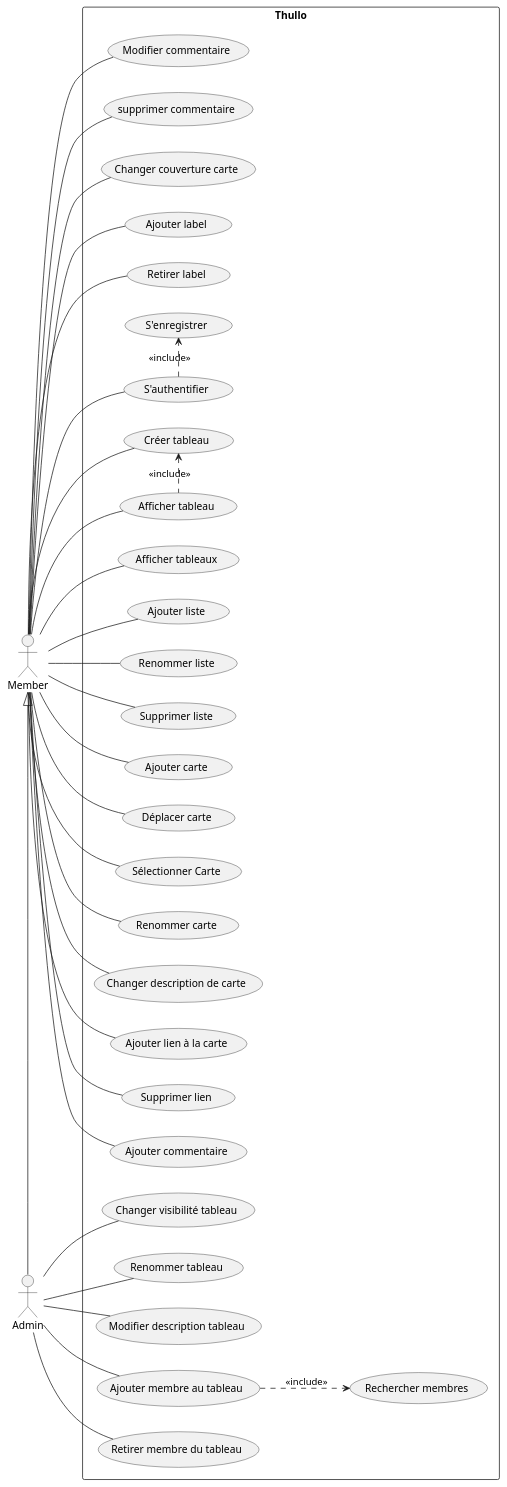
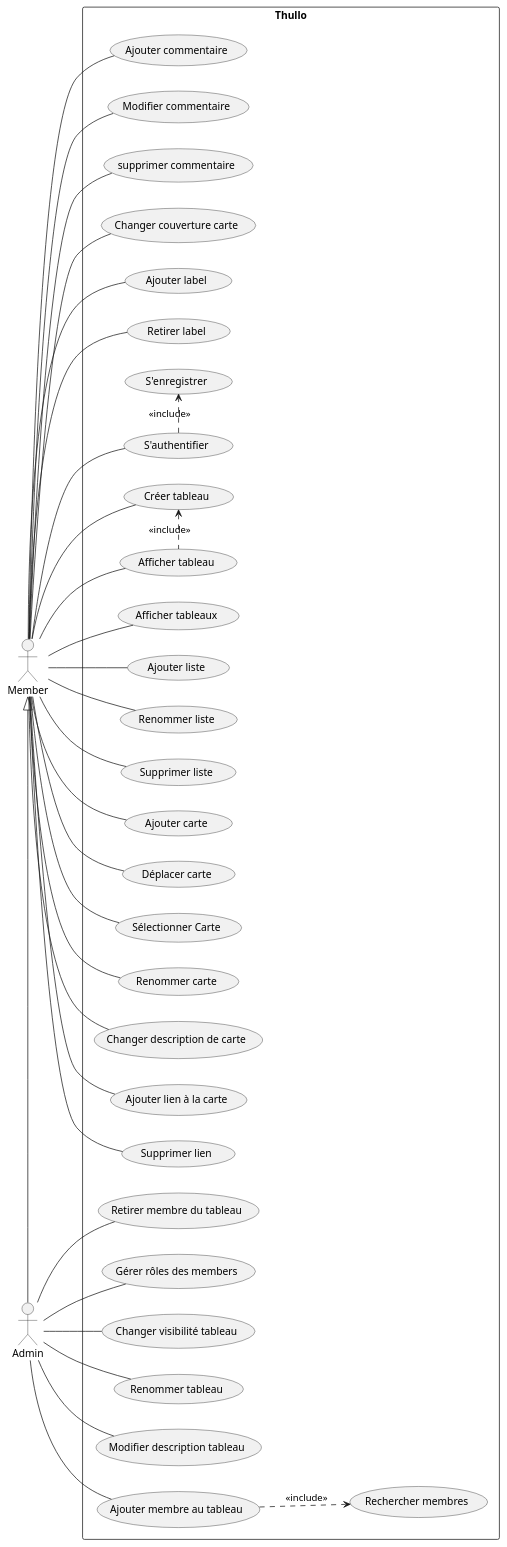
The diagram in packages/domain/uml/usecases.puml (Fredkiss3/thullo), drawn with PlantUML before and after one commit. The commit also changed 4 other files, not shown here.

```diff
--- a/packages/domain/uml/usecases.puml
+++ b/packages/domain/uml/usecases.puml
@@ -1,75 +1,76 @@
 @startuml
 'https://plantuml.com/use-case-diagram
 :Member: as member
 :Admin: as admin
 
 left to right direction
 
 rectangle Thullo {
     (S'enregistrer) as (register)
     (S'authentifier) as (auth)
 
     (Afficher tableaux) as (seeAllBoards)
     (Créer tableau) as (addBoard)
     (Afficher tableau) as (seeBoard)
     (Changer visibilité tableau) as (setBoardVisibility)
     (Renommer tableau) as (renameBoard)
     (Modifier description tableau) as (updateBoardDescription)
 
     (Rechercher membres) as (searchMembers)
     (Ajouter membre au tableau) as (inviteMemberToBoard)
     (Retirer membre du tableau) as (removeMemberFromBoard)
-
+    (Gérer rôles des members) as (ManageMemberRoles)
+    
     (Ajouter liste) as (addList)
     (Renommer liste) as (renameList)
     (Supprimer liste) as (deleteList)
 
     (Ajouter carte) as (addCard)
     (Déplacer carte) as (moveCard)
     (Sélectionner Carte) as (seeCardDetails)
     (Renommer carte) as (renameCard)
     (Changer description de carte) as (updateCardDescription)
     (Ajouter lien à la carte) as (addAttachement)
     (Supprimer lien) as (deleteAttachement)
     (Ajouter commentaire) as (addComment)
     (Modifier commentaire) as (updateComment)
     (supprimer commentaire) as (deleteComment)
     (Changer couverture carte) as (updateCardCover)
     (Ajouter label) as (addLabelToCard)
     (Retirer label) as (removeLabelFromCard)
 
     (register) <.left. (auth) : << include >>
     (seeBoard) .left.> (addBoard): << include >>
     (inviteMemberToBoard) ..> (searchMembers) : << include >>
 
     member -- (auth)
     member -- (seeAllBoards)
     member -- (seeBoard)
     member -- (addBoard)
     member -- (addList)
     member -- (renameList)
     member -- (deleteList)
     member -- (addCard)
     member -- (moveCard)
     member -- (renameCard)
     member -- (seeCardDetails)
     member -- (addComment)
     member -- (updateComment)
     member -- (deleteComment)
     member -- (addLabelToCard)
     member -- (removeLabelFromCard)
     member -- (updateCardDescription)
     member -- (updateCardCover)
     member -- (addAttachement)
     member -- (deleteAttachement)
 
-
     admin -- (removeMemberFromBoard)
+    admin -- (ManageMemberRoles)
     admin -- (renameBoard)
     admin -- (updateBoardDescription)
     admin -- (inviteMemberToBoard)
     admin -- (setBoardVisibility)
 
     member <|-right- admin
  }
 @enduml
```
